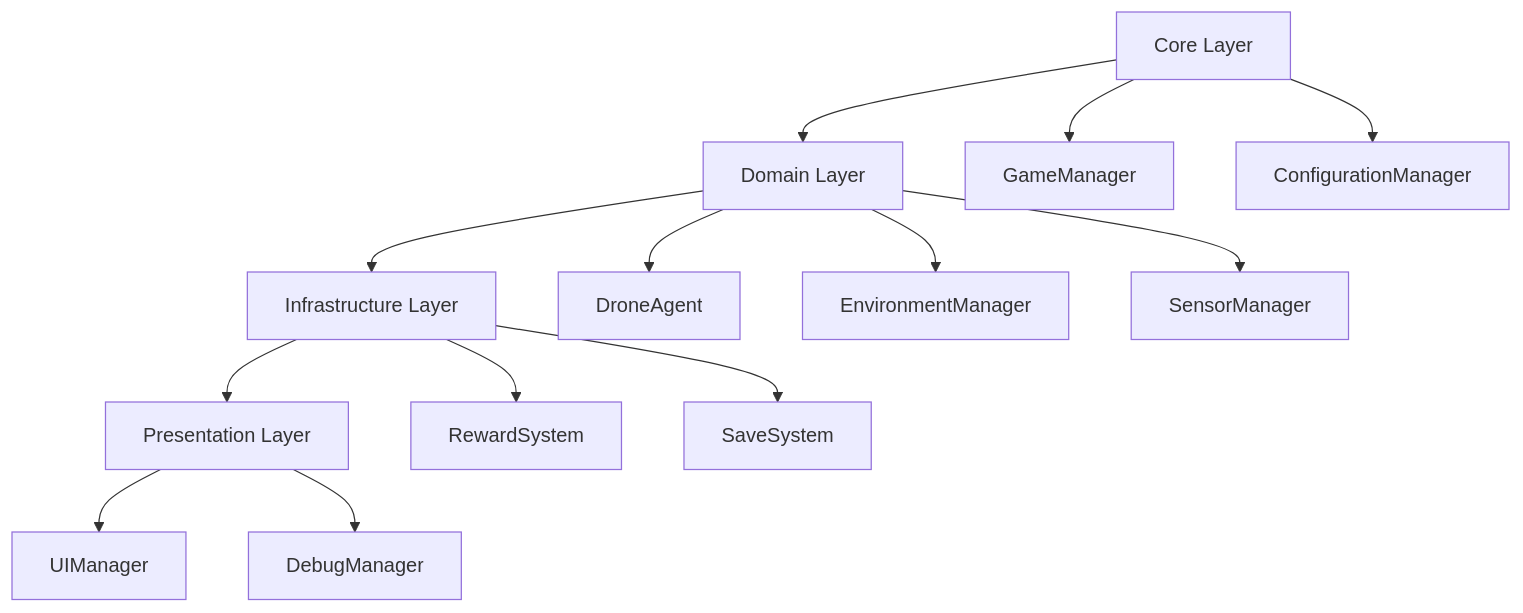
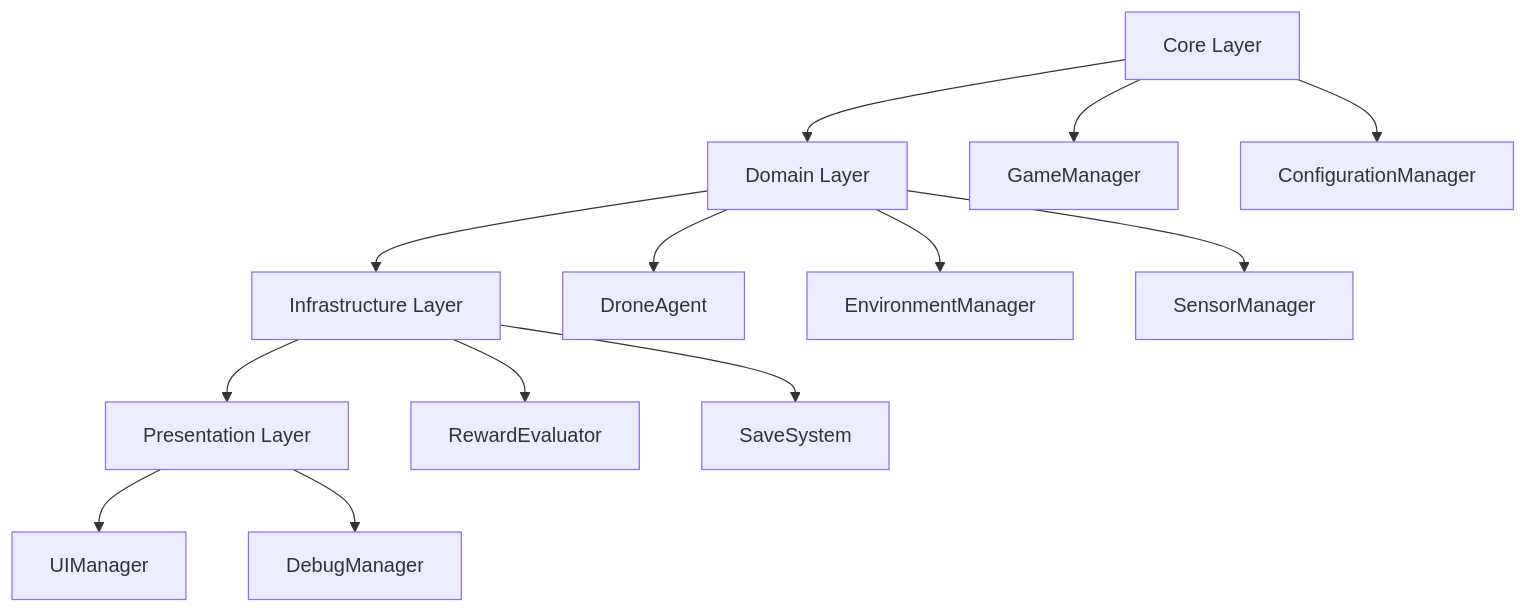
Before and after one commit to NihaalGharat/ADRL-Rescue: the fifth of 15 diagrams in Documentation/17_SOFTWARE_DESIGN_SPECIFICATION.md, drawn with Mermaid. The commit also changed other lines of this file and 51 other files, not shown here.

First line of the commit message:
feat(rewards): complete Phase 7.3 reward system and validation

````diff
--- a/Documentation/17_SOFTWARE_DESIGN_SPECIFICATION.md
+++ b/Documentation/17_SOFTWARE_DESIGN_SPECIFICATION.md
@@ -147,19 +147,19 @@
 ```mermaid
 graph TD
     CORE[Core Layer] --> DOMAIN[Domain Layer]
     DOMAIN --> INFRA[Infrastructure Layer]
     INFRA --> PRESENTATION[Presentation Layer]
     
     CORE --> GameManager
     CORE --> ConfigurationManager
     
     DOMAIN --> DroneAgent
     DOMAIN --> EnvironmentManager
     DOMAIN --> SensorManager
     
-    INFRA --> RewardSystem
+    INFRA --> RewardEvaluator
     INFRA --> SaveSystem
     
     PRESENTATION --> UIManager
     PRESENTATION --> DebugManager
 ```
````
